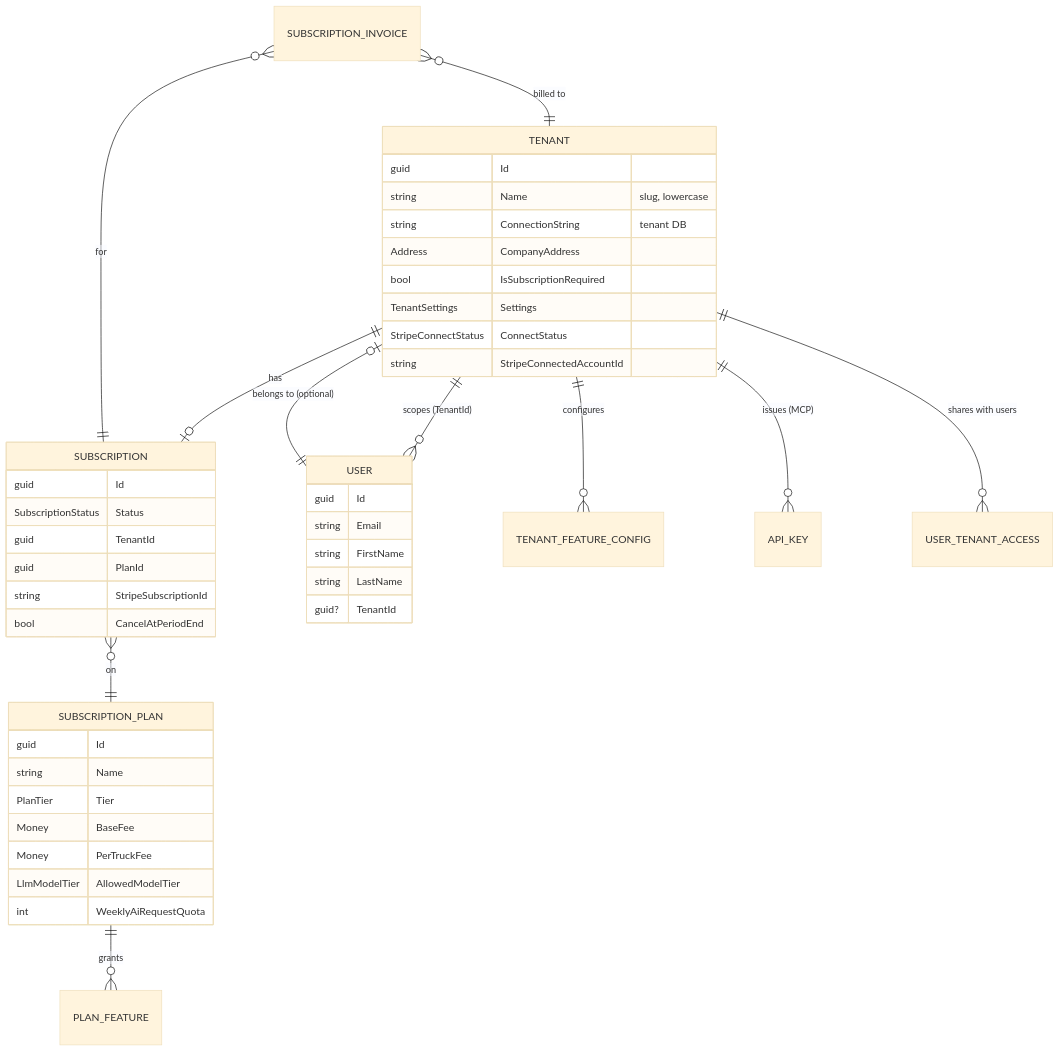
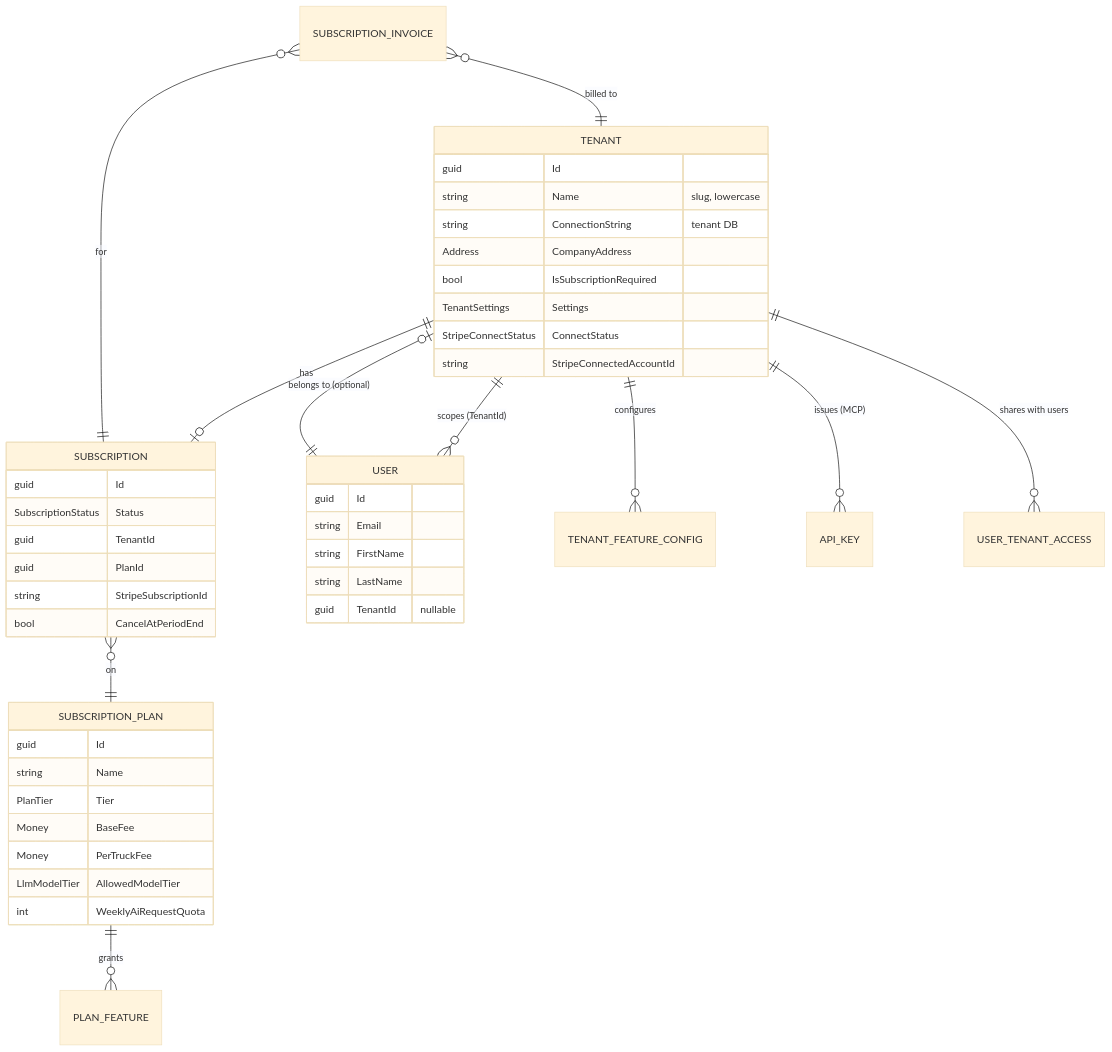
Before and after one commit to suxrobGM/logistics-app: the second of 10 diagrams in docs/architecture/domain-model.md, drawn with Mermaid (base theme). The commit also changed other lines of this file, not shown here.

Commit message:
fix(docs): update domain model to clarify nullable fields in entity definitions

````diff
--- a/docs/architecture/domain-model.md
+++ b/docs/architecture/domain-model.md
@@ -55,51 +55,51 @@
 ```mermaid
 erDiagram
     TENANT ||--o| SUBSCRIPTION : has
     TENANT ||--o{ USER : "scopes (TenantId)"
     TENANT ||--o{ TENANT_FEATURE_CONFIG : configures
     TENANT ||--o{ API_KEY : "issues (MCP)"
     TENANT ||--o{ USER_TENANT_ACCESS : "shares with users"
 
     SUBSCRIPTION }o--|| SUBSCRIPTION_PLAN : on
     SUBSCRIPTION_PLAN ||--o{ PLAN_FEATURE : grants
 
     USER ||--o| TENANT : "belongs to (optional)"
 
     SUBSCRIPTION_INVOICE }o--|| TENANT : "billed to"
     SUBSCRIPTION_INVOICE }o--|| SUBSCRIPTION : "for"
 
     TENANT {
         guid Id
         string Name "slug, lowercase"
         string ConnectionString "tenant DB"
         Address CompanyAddress
         bool IsSubscriptionRequired
         TenantSettings Settings
         StripeConnectStatus ConnectStatus
         string StripeConnectedAccountId
     }
     SUBSCRIPTION {
         guid Id
         SubscriptionStatus Status
         guid TenantId
         guid PlanId
         string StripeSubscriptionId
         bool CancelAtPeriodEnd
     }
     SUBSCRIPTION_PLAN {
         guid Id
         string Name
         PlanTier Tier
         Money BaseFee
         Money PerTruckFee
         LlmModelTier AllowedModelTier
         int WeeklyAiRequestQuota
     }
     USER {
         guid Id
         string Email
         string FirstName
         string LastName
-        guid? TenantId
+        guid TenantId "nullable"
     }
 ```
````
